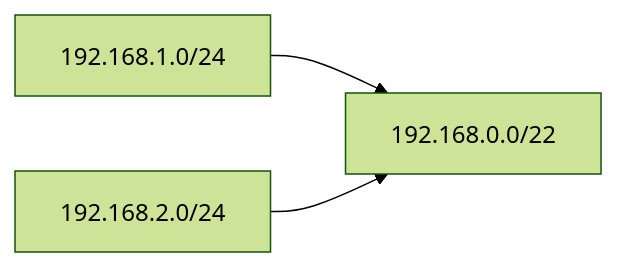
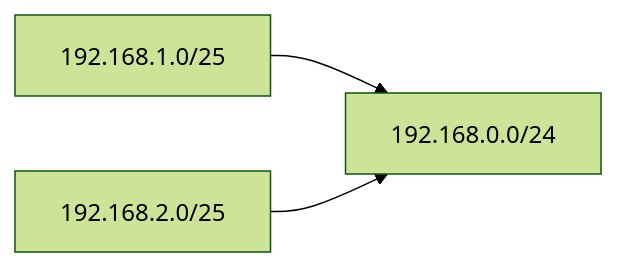
Before and after one commit to gracefullight/gracefullight.github.io: the second of 2 diagrams in blog/pe/nw/cidr.md, drawn with Mermaid (forest theme).

Commit message:
docs: 📚️ supernet

````diff
--- a/blog/pe/nw/cidr.md
+++ b/blog/pe/nw/cidr.md
@@ -34,5 +34,5 @@
 ```mermaid
 graph LR
-  192.168.1.0/24 --> 192.168.0.0/22
-  192.168.2.0/24 --> 192.168.0.0/22
+  192.168.1.0/25 --> 192.168.0.0/24
+  192.168.2.0/25 --> 192.168.0.0/24
 ```
````
